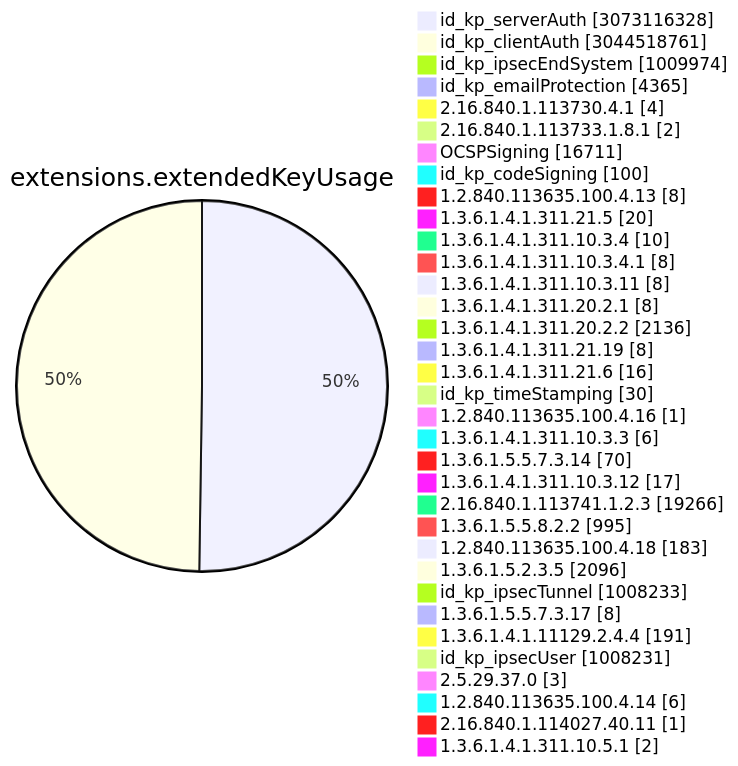
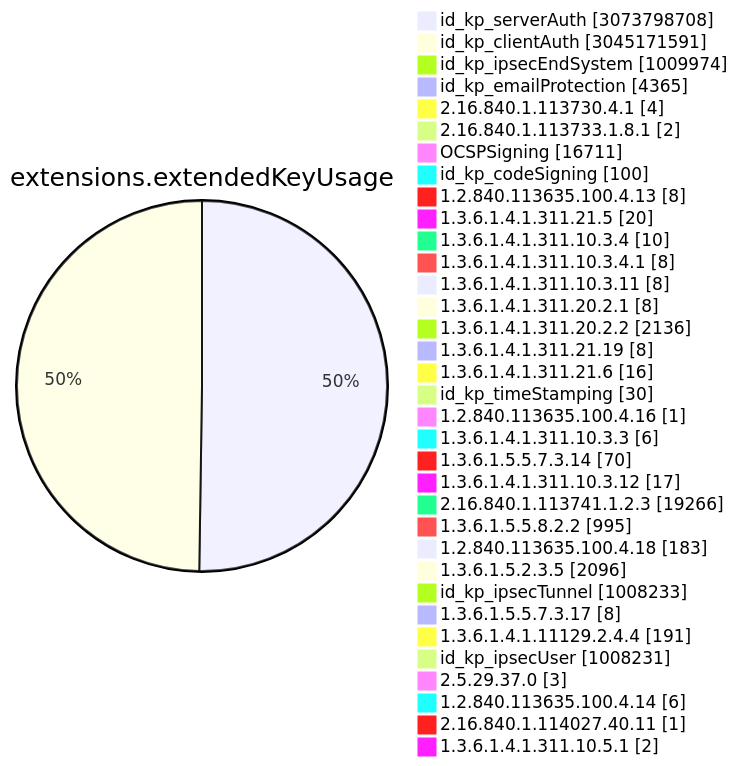
Diagram 11 of 15 in TOTAL/README.md (christiankrug/ctmonitor_visualization), drawn with Mermaid before and after one commit. The commit also changed other lines of this file, not shown here.

````diff
--- a/TOTAL/README.md
+++ b/TOTAL/README.md
@@ -4117,38 +4117,38 @@
 ```mermaid
 pie showData
 title extensions.extendedKeyUsage
-"id_kp_serverAuth" :3073116328
-"id_kp_clientAuth" :3044518761
+"id_kp_serverAuth" :3073798708
+"id_kp_clientAuth" :3045171591
 "id_kp_ipsecEndSystem" :1009974
 "id_kp_emailProtection" :4365
 "2.16.840.1.113730.4.1" :4
 "2.16.840.1.113733.1.8.1" :2
 "OCSPSigning" :16711
 "id_kp_codeSigning" :100
 "1.2.840.113635.100.4.13" :8
 "1.3.6.1.4.1.311.21.5" :20
 "1.3.6.1.4.1.311.10.3.4" :10
 "1.3.6.1.4.1.311.10.3.4.1" :8
 "1.3.6.1.4.1.311.10.3.11" :8
 "1.3.6.1.4.1.311.20.2.1" :8
 "1.3.6.1.4.1.311.20.2.2" :2136
 "1.3.6.1.4.1.311.21.19" :8
 "1.3.6.1.4.1.311.21.6" :16
 "id_kp_timeStamping" :30
 "1.2.840.113635.100.4.16" :1
 "1.3.6.1.4.1.311.10.3.3" :6
 "1.3.6.1.5.5.7.3.14" :70
 "1.3.6.1.4.1.311.10.3.12" :17
 "2.16.840.1.113741.1.2.3" :19266
 "1.3.6.1.5.5.8.2.2" :995
 "1.2.840.113635.100.4.18" :183
 "1.3.6.1.5.2.3.5" :2096
 "id_kp_ipsecTunnel" :1008233
 "1.3.6.1.5.5.7.3.17" :8
 "1.3.6.1.4.1.11129.2.4.4" :191
 "id_kp_ipsecUser" :1008231
 "2.5.29.37.0" :3
 "1.2.840.113635.100.4.14" :6
 "2.16.840.1.114027.40.11" :1
 "1.3.6.1.4.1.311.10.5.1" :2
 ```
````
